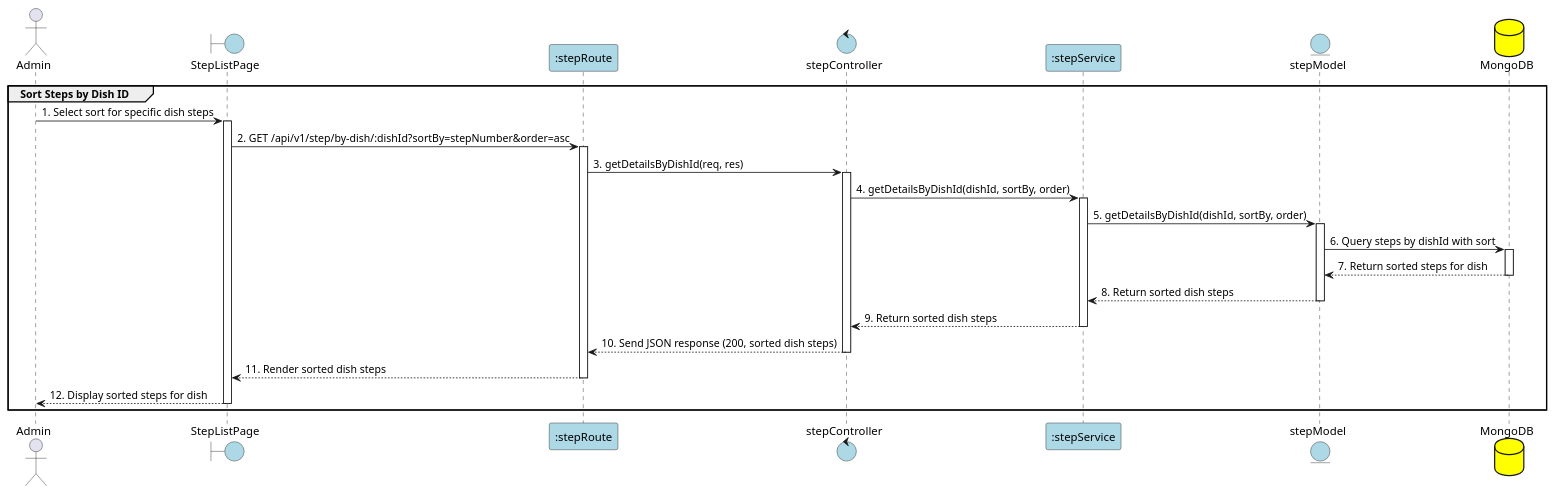
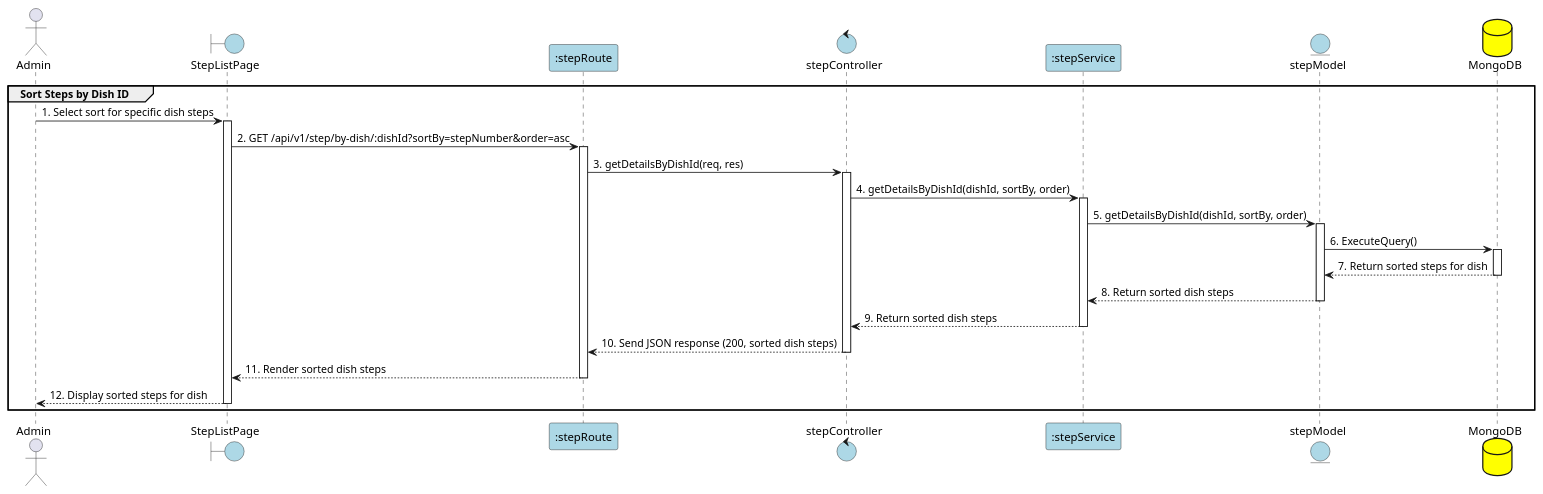
One commit to Aohkne/CaloCook changed the diagram in PlanUML/37_SortStep.puml. Above: the diagram before and after it, drawn with PlantUML. The commit also changed 11 other files, not shown here.

```diff
--- a/PlanUML/37_SortStep.puml
+++ b/PlanUML/37_SortStep.puml
@@ -1,48 +1,48 @@
 @startuml SortStep
 
 actor "Admin" as Admin
 boundary "StepListPage" as View #lightblue
 participant ":stepRoute" as Route #lightblue
 control "stepController" as Controller #lightblue
 participant ":stepService" as Service #lightblue
 entity "stepModel" as Model #lightblue
 database "MongoDB" as MongoDB #yellow
 
 group Sort Steps by Dish ID
 Admin -> View: 1. Select sort for specific dish steps
 activate View
 View -> Route: 2. GET /api/v1/step/by-dish/:dishId?sortBy=stepNumber&order=asc
 activate Route
 
 Route -> Controller: 3. getDetailsByDishId(req, res)
 activate Controller
 
 Controller -> Service: 4. getDetailsByDishId(dishId, sortBy, order)
 activate Service
 
 Service -> Model: 5. getDetailsByDishId(dishId, sortBy, order)
 activate Model
 
-Model -> MongoDB: 6. Query steps by dishId with sort
+Model -> MongoDB: 6. ExecuteQuery()
 activate MongoDB
 
 MongoDB --> Model: 7. Return sorted steps for dish
 deactivate MongoDB
 
 Model --> Service: 8. Return sorted dish steps
 deactivate Model
 
 Service --> Controller: 9. Return sorted dish steps
 deactivate Service
 
 Controller --> Route: 10. Send JSON response (200, sorted dish steps)
 deactivate Controller
 
 Route --> View: 11. Render sorted dish steps
 deactivate Route
 
 View --> Admin: 12. Display sorted steps for dish
 deactivate View
 end
 
 @enduml
```
